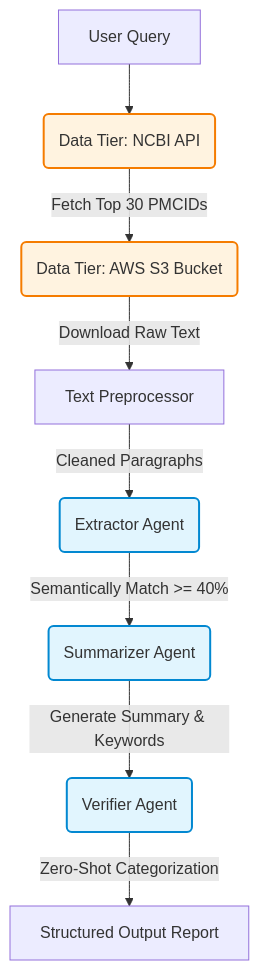
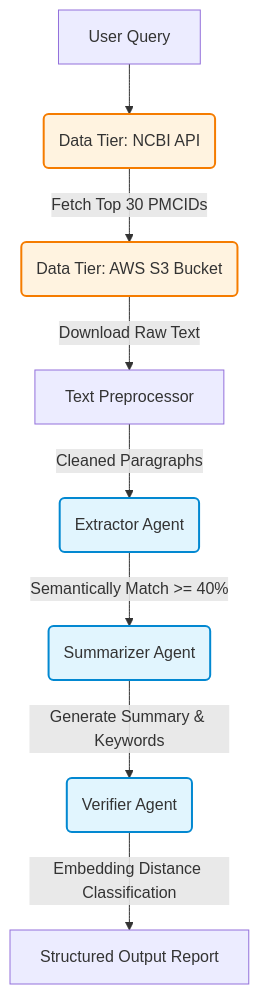
One commit to kashifbrainbrick/RnD-AI-Engineering-CaseStudy changed the diagram in Readme.md. Above: the diagram before and after it, drawn with Mermaid. The commit also changed other lines of this file, not shown here.

````diff
--- a/Readme.md
+++ b/Readme.md
@@ -9,16 +9,16 @@
 ```mermaid
 graph TD
     A[User Query] --> B(Data Tier: NCBI API)
     B -->|Fetch Top 30 PMCIDs| C(Data Tier: AWS S3 Bucket)
     C -->|Download Raw Text| D[Text Preprocessor]
     D -->|Cleaned Paragraphs| E(Extractor Agent)
     E -->|Semantically Match >= 40%| F(Summarizer Agent)
     F -->|Generate Summary & Keywords| G(Verifier Agent)
-    G -->|Zero-Shot Categorization| H[Structured Output Report]
+    G -->|Embedding Distance Classification| H[Structured Output Report]
     
     classDef agent fill:#e1f5fe,stroke:#0288d1,stroke-width:2px;
     classDef data fill:#fff3e0,stroke:#f57c00,stroke-width:2px;
     
     class B,C data;
     class E,F,G agent;
 ```
````
